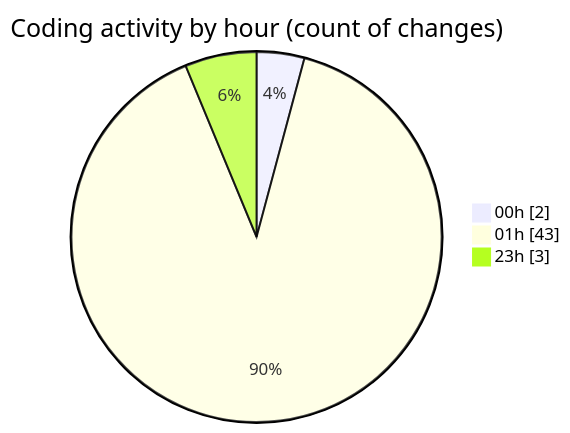
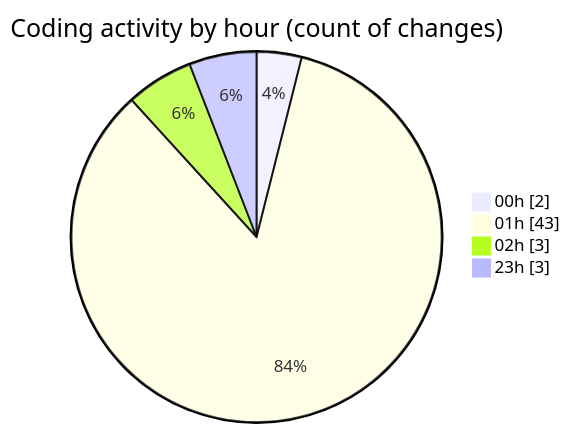
One commit to lephambinh05/code-tracking changed the second of 2 diagrams in 2025-07-16/nhahang/README.md. Above: the diagram before and after it, drawn with Mermaid. The commit also changed other lines of this file and 1 other file, not shown here.

````diff
--- a/2025-07-16/nhahang/README.md
+++ b/2025-07-16/nhahang/README.md
@@ -49,7 +50,8 @@
 ```mermaid
 pie showData
 title Coding activity by hour (count of changes)
 "00h" : 2
 "01h" : 43
+"02h" : 3
 "23h" : 3
 ```
````
